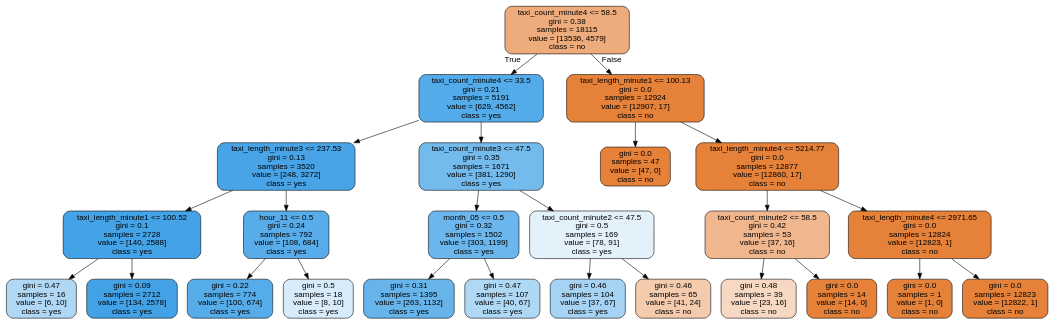
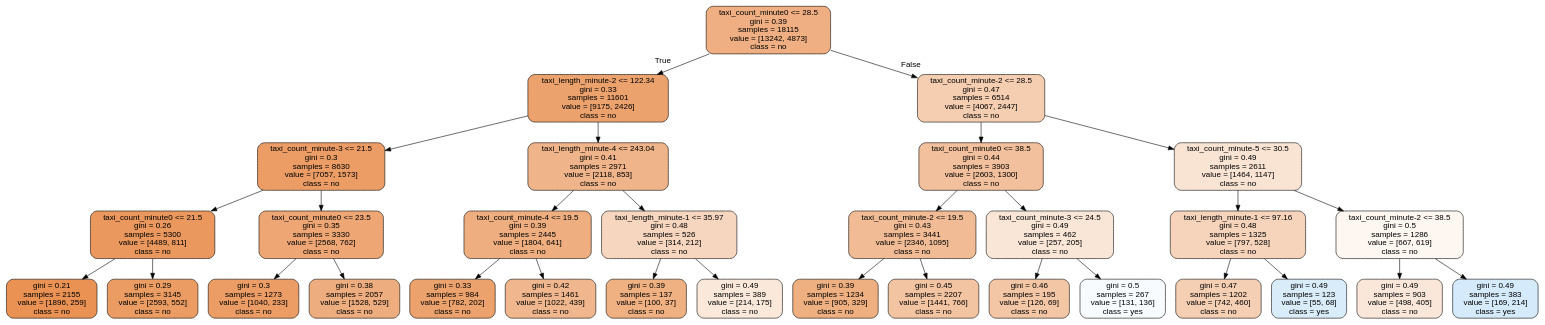
Before and after one commit to DungDinhDungDinh/capstone_project: the diagram in t1_should_go.dot, drawn with Graphviz. The commit also changed 16 other files, not shown here.

```diff
--- a/t1_should_go.dot
+++ b/t1_should_go.dot
@@ -1,53 +1,65 @@
 digraph Tree {
 node [shape=box, style="filled, rounded", color="black", fontname="helvetica"] ;
 edge [fontname="helvetica"] ;
-0 [label="taxi_count_minute4 <= 58.5\ngini = 0.38\nsamples = 18115\nvalue = [13536, 4579]\nclass = no", fillcolor="#eeac7c"] ;
-1 [label="taxi_count_minute4 <= 33.5\ngini = 0.21\nsamples = 5191\nvalue = [629, 4562]\nclass = yes", fillcolor="#54abe9"] ;
+0 [label="taxi_count_minute0 <= 28.5\ngini = 0.39\nsamples = 18115\nvalue = [13242, 4873]\nclass = no", fillcolor="#efaf82"] ;
+1 [label="taxi_length_minute-2 <= 122.34\ngini = 0.33\nsamples = 11601\nvalue = [9175, 2426]\nclass = no", fillcolor="#eca26d"] ;
 0 -> 1 [labeldistance=2.5, labelangle=45, headlabel="True"] ;
-2 [label="taxi_length_minute3 <= 237.53\ngini = 0.13\nsamples = 3520\nvalue = [248, 3272]\nclass = yes", fillcolor="#48a4e7"] ;
+2 [label="taxi_count_minute-3 <= 21.5\ngini = 0.3\nsamples = 8630\nvalue = [7057, 1573]\nclass = no", fillcolor="#eb9d65"] ;
 1 -> 2 ;
-3 [label="taxi_length_minute1 <= 100.52\ngini = 0.1\nsamples = 2728\nvalue = [140, 2588]\nclass = yes", fillcolor="#44a2e6"] ;
+3 [label="taxi_count_minute0 <= 21.5\ngini = 0.26\nsamples = 5300\nvalue = [4489, 811]\nclass = no", fillcolor="#ea985d"] ;
 2 -> 3 ;
-4 [label="gini = 0.47\nsamples = 16\nvalue = [6, 10]\nclass = yes", fillcolor="#b0d8f5"] ;
+4 [label="gini = 0.21\nsamples = 2155\nvalue = [1896, 259]\nclass = no", fillcolor="#e99254"] ;
 3 -> 4 ;
-5 [label="gini = 0.09\nsamples = 2712\nvalue = [134, 2578]\nclass = yes", fillcolor="#43a2e6"] ;
+5 [label="gini = 0.29\nsamples = 3145\nvalue = [2593, 552]\nclass = no", fillcolor="#eb9c63"] ;
 3 -> 5 ;
-6 [label="hour_11 <= 0.5\ngini = 0.24\nsamples = 792\nvalue = [108, 684]\nclass = yes", fillcolor="#58ace9"] ;
+6 [label="taxi_count_minute0 <= 23.5\ngini = 0.35\nsamples = 3330\nvalue = [2568, 762]\nclass = no", fillcolor="#eda674"] ;
 2 -> 6 ;
-7 [label="gini = 0.22\nsamples = 774\nvalue = [100, 674]\nclass = yes", fillcolor="#56ace9"] ;
+7 [label="gini = 0.3\nsamples = 1273\nvalue = [1040, 233]\nclass = no", fillcolor="#eb9d65"] ;
 6 -> 7 ;
-8 [label="gini = 0.5\nsamples = 18\nvalue = [8, 10]\nclass = yes", fillcolor="#d7ebfa"] ;
+8 [label="gini = 0.38\nsamples = 2057\nvalue = [1528, 529]\nclass = no", fillcolor="#eead7e"] ;
 6 -> 8 ;
-9 [label="taxi_count_minute3 <= 47.5\ngini = 0.35\nsamples = 1671\nvalue = [381, 1290]\nclass = yes", fillcolor="#73baed"] ;
+9 [label="taxi_length_minute-4 <= 243.04\ngini = 0.41\nsamples = 2971\nvalue = [2118, 853]\nclass = no", fillcolor="#efb489"] ;
 1 -> 9 ;
-10 [label="month_05 <= 0.5\ngini = 0.32\nsamples = 1502\nvalue = [303, 1199]\nclass = yes", fillcolor="#6bb6ec"] ;
+10 [label="taxi_count_minute-4 <= 19.5\ngini = 0.39\nsamples = 2445\nvalue = [1804, 641]\nclass = no", fillcolor="#eeae7f"] ;
 9 -> 10 ;
-11 [label="gini = 0.31\nsamples = 1395\nvalue = [263, 1132]\nclass = yes", fillcolor="#67b4eb"] ;
+11 [label="gini = 0.33\nsamples = 984\nvalue = [782, 202]\nclass = no", fillcolor="#eca26c"] ;
 10 -> 11 ;
-12 [label="gini = 0.47\nsamples = 107\nvalue = [40, 67]\nclass = yes", fillcolor="#afd8f5"] ;
+12 [label="gini = 0.42\nsamples = 1461\nvalue = [1022, 439]\nclass = no", fillcolor="#f0b78e"] ;
 10 -> 12 ;
-13 [label="taxi_count_minute2 <= 47.5\ngini = 0.5\nsamples = 169\nvalue = [78, 91]\nclass = yes", fillcolor="#e3f1fb"] ;
+13 [label="taxi_length_minute-1 <= 35.97\ngini = 0.48\nsamples = 526\nvalue = [314, 212]\nclass = no", fillcolor="#f7d6bf"] ;
 9 -> 13 ;
-14 [label="gini = 0.46\nsamples = 104\nvalue = [37, 67]\nclass = yes", fillcolor="#a6d3f3"] ;
+14 [label="gini = 0.39\nsamples = 137\nvalue = [100, 37]\nclass = no", fillcolor="#efb082"] ;
 13 -> 14 ;
-15 [label="gini = 0.46\nsamples = 65\nvalue = [41, 24]\nclass = no", fillcolor="#f4cbad"] ;
+15 [label="gini = 0.49\nsamples = 389\nvalue = [214, 175]\nclass = no", fillcolor="#fae8db"] ;
 13 -> 15 ;
-16 [label="taxi_length_minute1 <= 100.13\ngini = 0.0\nsamples = 12924\nvalue = [12907, 17]\nclass = no", fillcolor="#e58139"] ;
+16 [label="taxi_count_minute-2 <= 28.5\ngini = 0.47\nsamples = 6514\nvalue = [4067, 2447]\nclass = no", fillcolor="#f5cdb0"] ;
 0 -> 16 [labeldistance=2.5, labelangle=-45, headlabel="False"] ;
-17 [label="gini = 0.0\nsamples = 47\nvalue = [47, 0]\nclass = no", fillcolor="#e58139"] ;
+17 [label="taxi_count_minute0 <= 38.5\ngini = 0.44\nsamples = 3903\nvalue = [2603, 1300]\nclass = no", fillcolor="#f2c09c"] ;
 16 -> 17 ;
-18 [label="taxi_length_minute4 <= 5214.77\ngini = 0.0\nsamples = 12877\nvalue = [12860, 17]\nclass = no", fillcolor="#e58139"] ;
-16 -> 18 ;
-19 [label="taxi_count_minute2 <= 58.5\ngini = 0.42\nsamples = 53\nvalue = [37, 16]\nclass = no", fillcolor="#f0b78f"] ;
+18 [label="taxi_count_minute-2 <= 19.5\ngini = 0.43\nsamples = 3441\nvalue = [2346, 1095]\nclass = no", fillcolor="#f1bc95"] ;
+17 -> 18 ;
+19 [label="gini = 0.39\nsamples = 1234\nvalue = [905, 329]\nclass = no", fillcolor="#eeaf81"] ;
 18 -> 19 ;
-20 [label="gini = 0.48\nsamples = 39\nvalue = [23, 16]\nclass = no", fillcolor="#f7d9c3"] ;
-19 -> 20 ;
-21 [label="gini = 0.0\nsamples = 14\nvalue = [14, 0]\nclass = no", fillcolor="#e58139"] ;
-19 -> 21 ;
-22 [label="taxi_length_minute4 <= 2971.65\ngini = 0.0\nsamples = 12824\nvalue = [12823, 1]\nclass = no", fillcolor="#e58139"] ;
-18 -> 22 ;
-23 [label="gini = 0.0\nsamples = 1\nvalue = [1, 0]\nclass = no", fillcolor="#e58139"] ;
-22 -> 23 ;
-24 [label="gini = 0.0\nsamples = 12823\nvalue = [12822, 1]\nclass = no", fillcolor="#e58139"] ;
-22 -> 24 ;
+20 [label="gini = 0.45\nsamples = 2207\nvalue = [1441, 766]\nclass = no", fillcolor="#f3c4a2"] ;
+18 -> 20 ;
+21 [label="taxi_count_minute-3 <= 24.5\ngini = 0.49\nsamples = 462\nvalue = [257, 205]\nclass = no", fillcolor="#fae6d7"] ;
+17 -> 21 ;
+22 [label="gini = 0.46\nsamples = 195\nvalue = [126, 69]\nclass = no", fillcolor="#f3c6a5"] ;
+21 -> 22 ;
+23 [label="gini = 0.5\nsamples = 267\nvalue = [131, 136]\nclass = yes", fillcolor="#f8fbfe"] ;
+21 -> 23 ;
+24 [label="taxi_count_minute-5 <= 30.5\ngini = 0.49\nsamples = 2611\nvalue = [1464, 1147]\nclass = no", fillcolor="#f9e4d4"] ;
+16 -> 24 ;
+25 [label="taxi_length_minute-1 <= 97.16\ngini = 0.48\nsamples = 1325\nvalue = [797, 528]\nclass = no", fillcolor="#f6d4bc"] ;
+24 -> 25 ;
+26 [label="gini = 0.47\nsamples = 1202\nvalue = [742, 460]\nclass = no", fillcolor="#f5cfb4"] ;
+25 -> 26 ;
+27 [label="gini = 0.49\nsamples = 123\nvalue = [55, 68]\nclass = yes", fillcolor="#d9ecfa"] ;
+25 -> 27 ;
+28 [label="taxi_count_minute-2 <= 38.5\ngini = 0.5\nsamples = 1286\nvalue = [667, 619]\nclass = no", fillcolor="#fdf6f1"] ;
+24 -> 28 ;
+29 [label="gini = 0.49\nsamples = 903\nvalue = [498, 405]\nclass = no", fillcolor="#fae7da"] ;
+28 -> 29 ;
+30 [label="gini = 0.49\nsamples = 383\nvalue = [169, 214]\nclass = yes", fillcolor="#d5eafa"] ;
+28 -> 30 ;
 }
```
